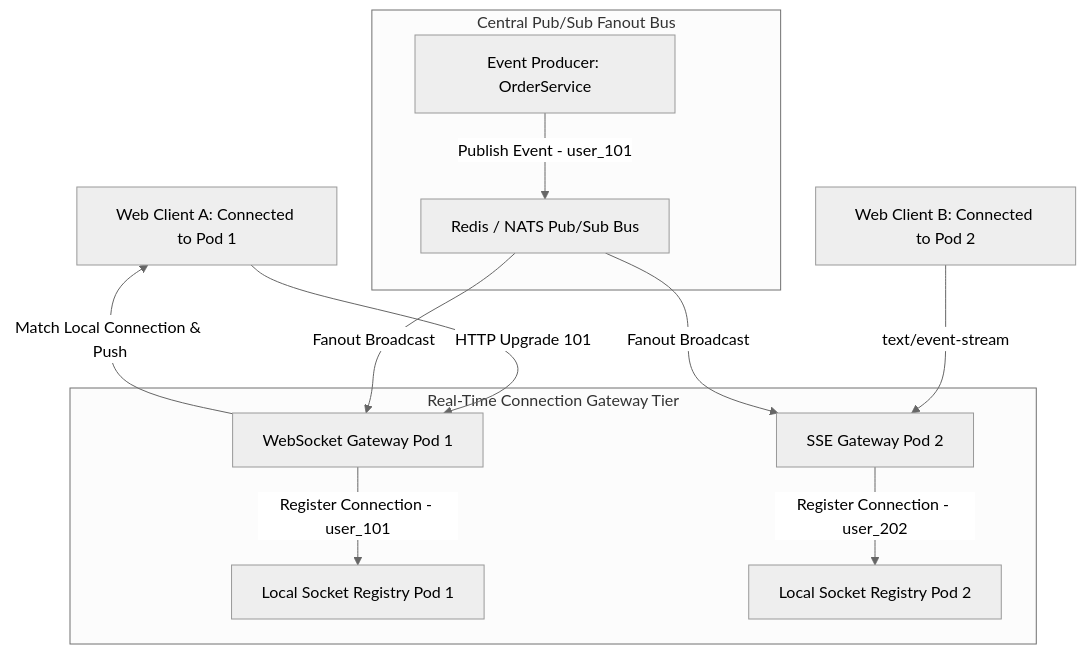
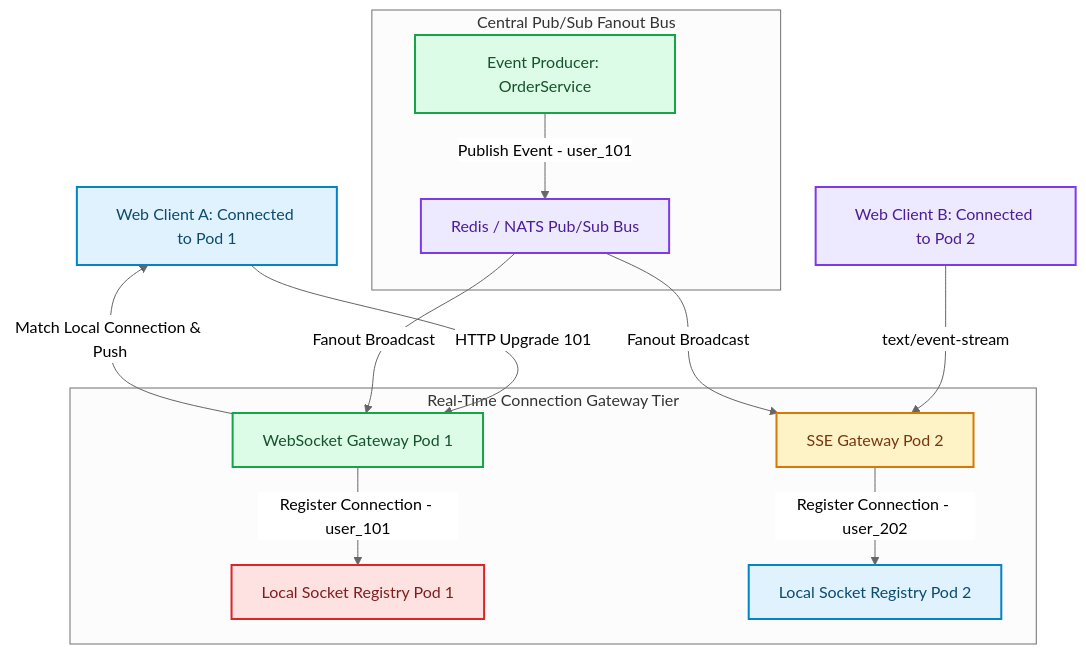
The diagram in blog/posts/real-time-communication-engines-websockets-sse-pubsub-gateways.md (akmalkhaniub/akmalkhaniub.github.io), drawn with Mermaid (neutral theme) before and after one commit. The commit also changed other lines of this file and 1291 other files, not shown here.

First line of the commit message:
feat(catalog): unique covers, scholarly references, and diagram palettes

````diff
--- a/blog/posts/real-time-communication-engines-websockets-sse-pubsub-gateways.md
+++ b/blog/posts/real-time-communication-engines-websockets-sse-pubsub-gateways.md
@@ -19,18 +19,29 @@
 ```mermaid
 flowchart TD
-  Client1[Web Client A: Connected to Pod 1] -->|HTTP Upgrade 101| Gateway1[WebSocket Gateway Pod 1]
-  Client2[Web Client B: Connected to Pod 2] -->|text/event-stream| Gateway2[SSE Gateway Pod 2]
+  Client1["Web Client A: Connected to Pod 1"] -->|HTTP Upgrade 101| Gateway1["WebSocket Gateway Pod 1"]
+  Client2["Web Client B: Connected to Pod 2"] -->|text/event-stream| Gateway2["SSE Gateway Pod 2"]
   
   subgraph SG1_RealTimeConnection ["Real-Time Connection Gateway Tier"]
-    Gateway1 -->|Register Connection - user_101| Reg1[Local Socket Registry Pod 1]
-    Gateway2 -->|Register Connection - user_202| Reg2[Local Socket Registry Pod 2]
+    Gateway1 -->|Register Connection - user_101| Reg1["Local Socket Registry Pod 1"]
+    Gateway2 -->|Register Connection - user_202| Reg2["Local Socket Registry Pod 2"]
   end
   
   subgraph SG2_CentralPubSub ["Central Pub/Sub Fanout Bus"]
-    EventProducer[Event Producer: OrderService] -->|Publish Event - user_101| PubSub[Redis / NATS Pub/Sub Bus]
+    EventProducer["Event Producer: OrderService"] -->|Publish Event - user_101| PubSub["Redis / NATS Pub/Sub Bus"]
     PubSub -->|Fanout Broadcast| Gateway1
     PubSub -->|Fanout Broadcast| Gateway2
   end
   
   Gateway1 -->|Match Local Connection & Push| Client1
+
+classDef green fill:#dcfce7,stroke:#16a34a,stroke-width:2px,color:#14532d;
+classDef red fill:#fee2e2,stroke:#dc2626,stroke-width:2px,color:#7f1d1d;
+classDef blue fill:#e0f2fe,stroke:#0284c7,stroke-width:2px,color:#0c4a6e;
+classDef yellow fill:#fef3c7,stroke:#d97706,stroke-width:2px,color:#78350f;
+classDef purple fill:#ede9fe,stroke:#7c3aed,stroke-width:2px,color:#4c1d95;
+class Client1,Reg2 blue
+class Gateway1,EventProducer green
+class Client2,PubSub purple
+class Gateway2 yellow
+class Reg1 red
 ```
````
